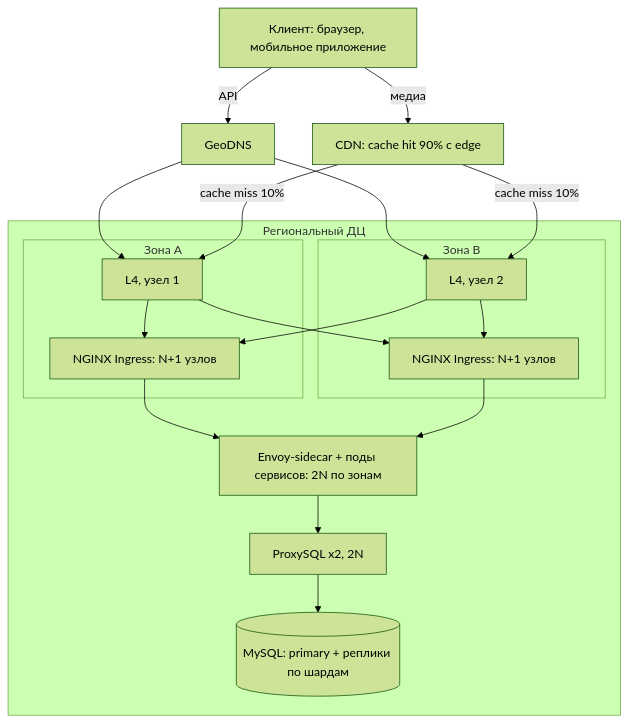
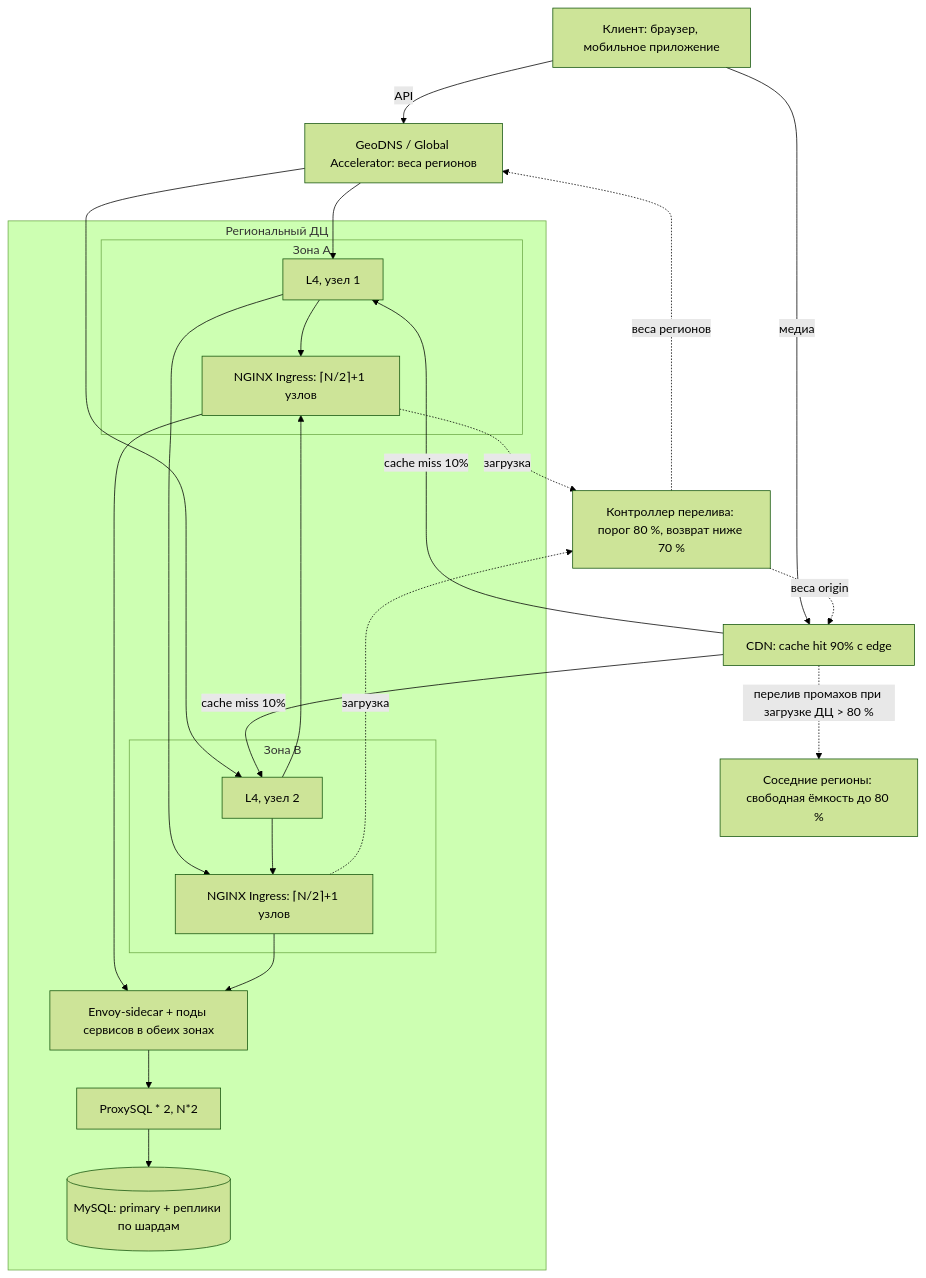
One commit to TOOSTEER/Highload_TechnoPark changed the third of 7 diagrams in README.md. Above: the diagram before and after it, drawn with Mermaid (forest theme). The commit also changed other lines of this file, not shown here.

````diff
--- a/README.md
+++ b/README.md
@@ -196,36 +198,43 @@
 ```mermaid
 flowchart TB
   U["Клиент: браузер, мобильное приложение"]
-  GD["GeoDNS"]
+  GD["GeoDNS / Global Accelerator: веса регионов"]
   CDN["CDN: cache hit 90% с edge"]
+  CTRL["Контроллер перелива: порог 80 %, возврат ниже 70 %"]
+  NB["Соседние регионы: свободная ёмкость до 80 %"]
 
   U -->|"API"| GD
   U -->|"медиа"| CDN
 
   subgraph DC["Региональный ДЦ"]
     subgraph ZA["Зона A"]
       L4A["L4, узел 1"]
-      L7A["NGINX Ingress: N+1 узлов"]
+      L7A["NGINX Ingress: ⌈N/2⌉+1 узлов"]
     end
     subgraph ZB["Зона B"]
       L4B["L4, узел 2"]
-      L7B["NGINX Ingress: N+1 узлов"]
+      L7B["NGINX Ingress: ⌈N/2⌉+1 узлов"]
     end
-    SVC["Envoy-sidecar + поды сервисов: 2N по зонам"]
-    PRX["ProxySQL x2, 2N"]
+    SVC["Envoy-sidecar + поды сервисов в обеих зонах"]
+    PRX["ProxySQL * 2, N*2"]
     DB[("MySQL: primary + реплики по шардам")]
   end
 
   GD --> L4A
   GD --> L4B
   CDN -->|"cache miss 10%"| L4A
   CDN -->|"cache miss 10%"| L4B
   L4A --> L7A
   L4A --> L7B
   L4B --> L7A
   L4B --> L7B
   L7A --> SVC
   L7B --> SVC
   SVC --> PRX
   PRX --> DB
+  L7A -.->|"загрузка"| CTRL
+  L7B -.->|"загрузка"| CTRL
+  CTRL -.->|"веса регионов"| GD
+  CTRL -.->|"веса origin"| CDN
+  CDN -.->|"перелив промахов при загрузке ДЦ > 80 %"| NB
 ```
````
